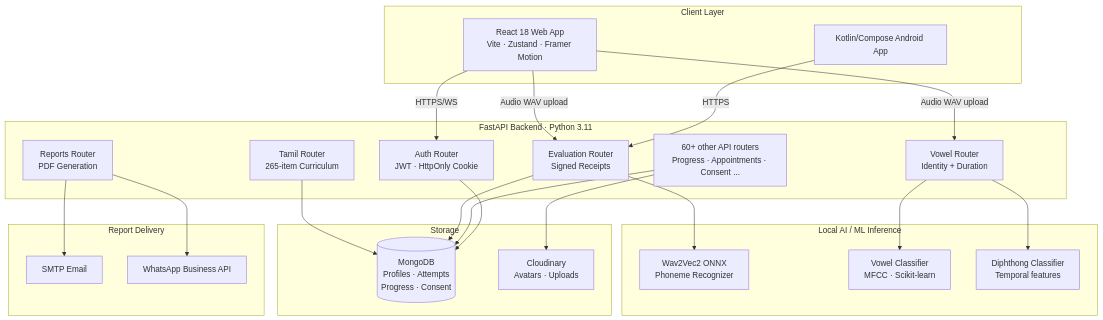
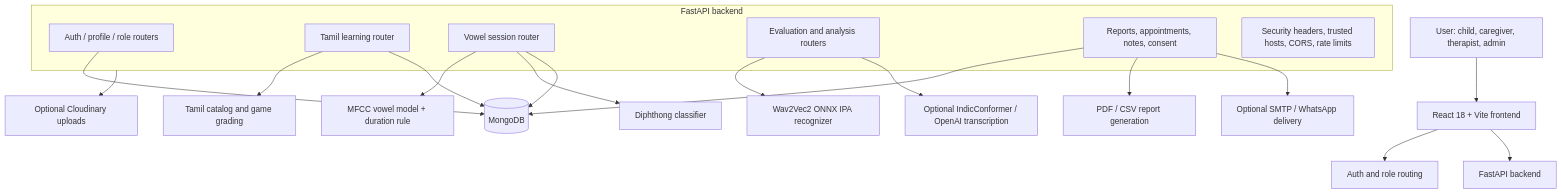
Before and after one commit to 9059Rohith/ASD-NEW: the diagram in README.md, drawn with Mermaid. The commit also changed other lines of this file, not shown here.

````diff
--- a/README.md
+++ b/README.md
@@ -227,47 +179,29 @@
 ```mermaid
 flowchart TD
-    subgraph Client["Client Layer"]
-        A1[React 18 Web App<br/>Vite · Zustand · Framer Motion]
-        A2[Kotlin/Compose Android App]
+    User[User: child, caregiver, therapist, admin] --> Web[React 18 + Vite frontend]
+    Web --> Auth[Auth and role routing]
+    Web --> Backend[FastAPI backend]
+
+    subgraph BackendServices[FastAPI backend]
+        AuthRoutes[Auth / profile / role routers]
+        Tamil[Tamil learning router]
+        Vowels[Vowel session router]
+        Evaluation[Evaluation and analysis routers]
+        Reports[Reports, appointments, notes, consent]
+        Security[Security headers, trusted hosts, CORS, rate limits]
     end
 
-    subgraph API["FastAPI Backend · Python 3.11"]
-        B1[Auth Router<br/>JWT · HttpOnly Cookie]
-        B2[Tamil Router<br/>265-item Curriculum]
-        B3[Vowel Router<br/>Identity + Duration]
-        B4[Evaluation Router<br/>Signed Receipts]
-        B5[Reports Router<br/>PDF Generation]
-        B6[60+ other API routers<br/>Progress · Appointments · Consent ...]
-    end
+    Tamil --> Curriculum[Tamil catalog and game grading]
+    Vowels --> VowelModel[MFCC vowel model + duration rule]
+    Vowels --> DiphthongModel[Diphthong classifier]
+    Evaluation --> PhonemeModel[Wav2Vec2 ONNX IPA recognizer]
+    Evaluation --> OptionalSTT[Optional IndicConformer / OpenAI transcription]
 
-    subgraph AI["Local AI / ML Inference"]
-        C1[Wav2Vec2 ONNX<br/>Phoneme Recognizer]
-        C2[Vowel Classifier<br/>MFCC · Scikit-learn]
-        C3[Diphthong Classifier<br/>Temporal features]
-    end
-
-    subgraph Storage["Storage"]
-        D1[(MongoDB<br/>Profiles · Attempts<br/>Progress · Consent)]
-        D2[Cloudinary<br/>Avatars · Uploads]
-    end
-
-    subgraph Delivery["Report Delivery"]
-        E1[SMTP Email]
-        E2[WhatsApp Business API]
-    end
-
-    A1 -->|HTTPS/WS| B1
-    A1 -->|Audio WAV upload| B3
-    A1 -->|Audio WAV upload| B4
-    A2 -->|HTTPS| B4
-    B3 --> C2
-    B3 --> C3
-    B4 --> C1
-    B2 --> D1
-    B4 --> D1
-    B5 --> E1
-    B5 --> E2
-    B6 --> D1
-    B1 --> D1
-    B6 --> D2
+    AuthRoutes --> Mongo[(MongoDB)]
+    Tamil --> Mongo
+    Vowels --> Mongo
+    Reports --> Mongo
+    Reports --> PDF[PDF / CSV report generation]
+    Reports --> Delivery[Optional SMTP / WhatsApp delivery]
+    BackendServices --> Cloudinary[Optional Cloudinary uploads]
 ```
````
